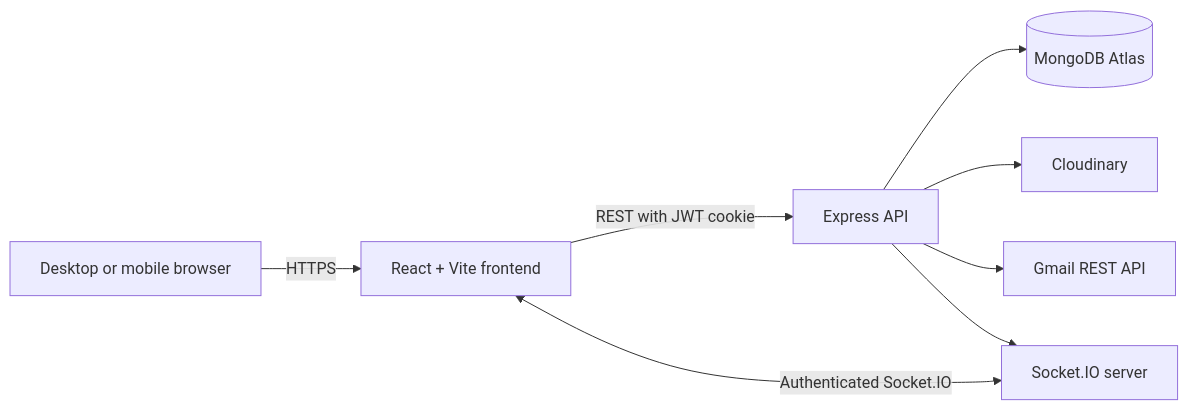
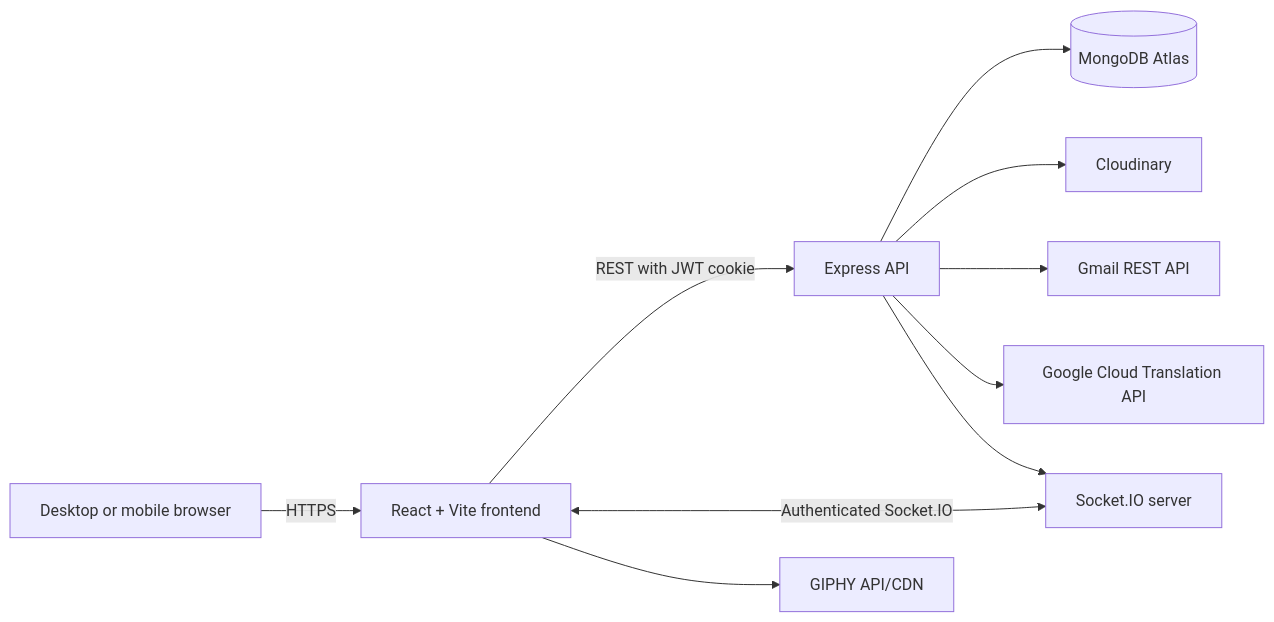
The diagram in README.md (Saurav11343/click-chat), drawn with Mermaid before and after one commit. The commit also changed other lines of this file and 12 other files, not shown here.

````diff
--- a/README.md
+++ b/README.md
@@ -36,10 +41,12 @@
 ```mermaid
 flowchart LR
     U["Desktop or mobile browser"] -->|"HTTPS"| F["React + Vite frontend"]
     F -->|"REST with JWT cookie"| B["Express API"]
     F <-->|"Authenticated Socket.IO"| S["Socket.IO server"]
     B --> DB[("MongoDB Atlas")]
     B --> C["Cloudinary"]
     B --> G["Gmail REST API"]
+    B --> T["Google Cloud Translation API"]
+    F --> Y["GIPHY API/CDN"]
     B --> S
 ```
````
